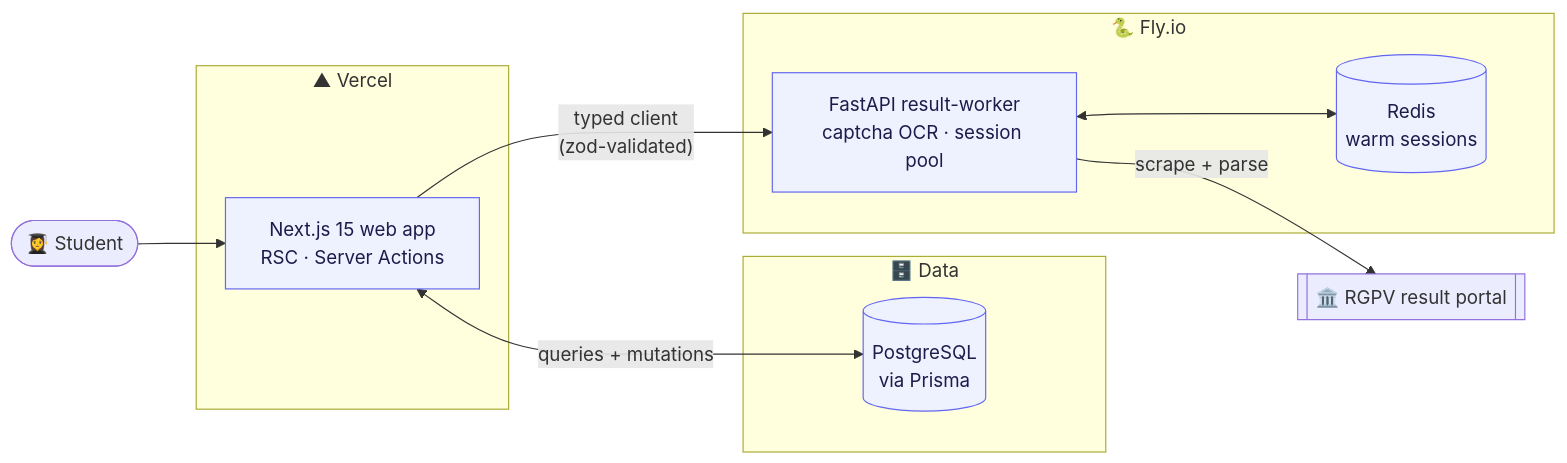
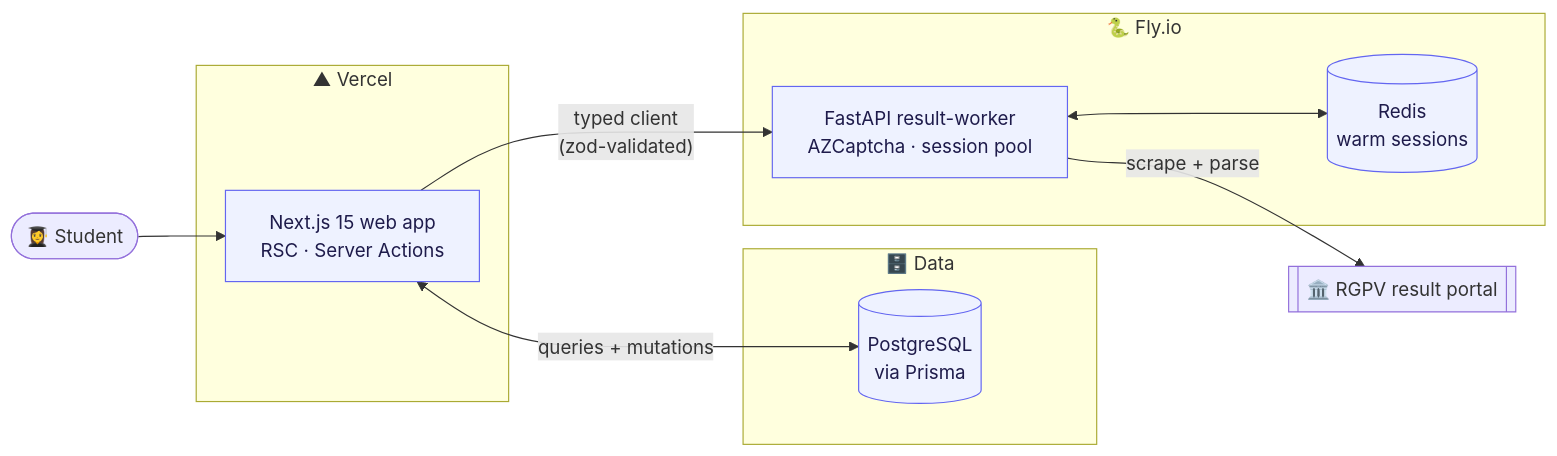
One commit to vishalmeena2211/rgpv-connect-platform changed the diagram in README.md. Above: the diagram before and after it, drawn with Mermaid. The commit also changed other lines of this file and 14 other files, not shown here.

````diff
--- a/README.md
+++ b/README.md
@@ -149,27 +149,27 @@
 ```mermaid
 flowchart LR
     U([👩‍🎓 Student]) --> W
 
     subgraph Vercel["▲ Vercel"]
         W["Next.js 15 web app<br/>RSC · Server Actions"]
     end
 
     subgraph Data["🗄️ Data"]
         PG[("PostgreSQL<br/>via Prisma")]
     end
 
     subgraph Worker["🐍 Fly.io"]
-        RW["FastAPI result-worker<br/>captcha OCR · session pool"]
+        RW["FastAPI result-worker<br/>AZCaptcha · session pool"]
         RD[("Redis<br/>warm sessions")]
     end
 
     RGPV[["🏛️ RGPV result portal"]]
 
     W <-->|"queries + mutations"| PG
     W -->|"typed client<br/>(zod-validated)"| RW
     RW <--> RD
     RW -->|"scrape + parse"| RGPV
 
     classDef box fill:#eef2ff,stroke:#6366f1,color:#1e1b4b;
     class W,PG,RW,RD box;
 ```
````
